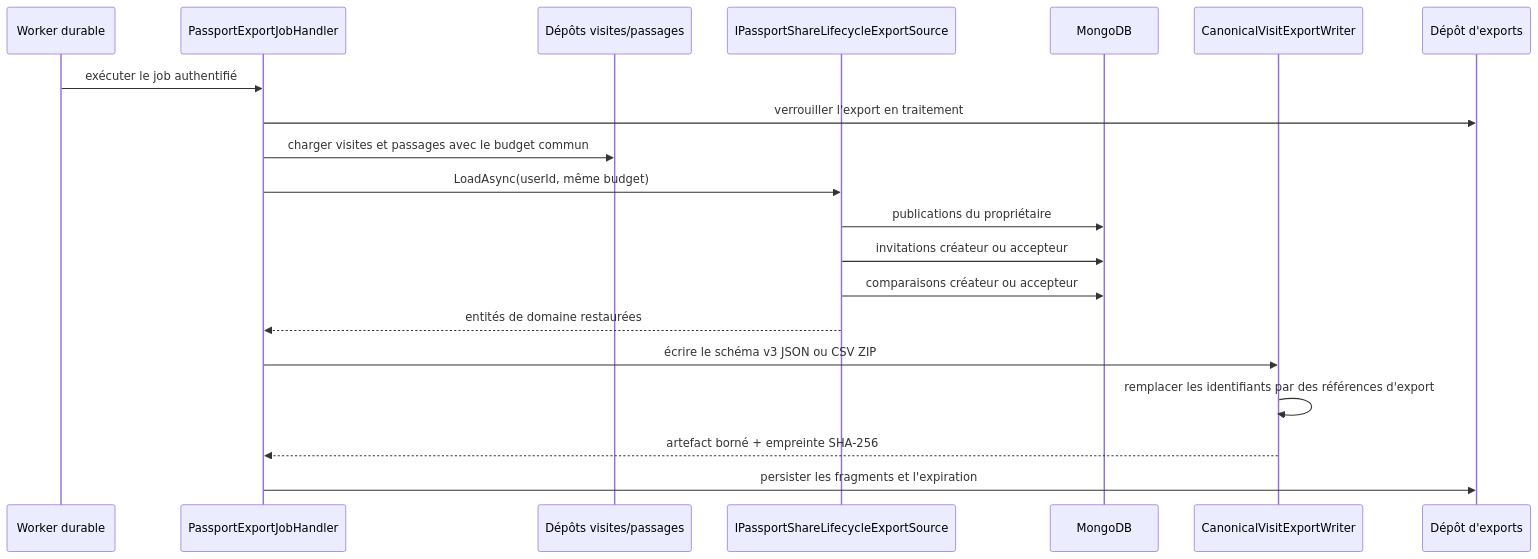
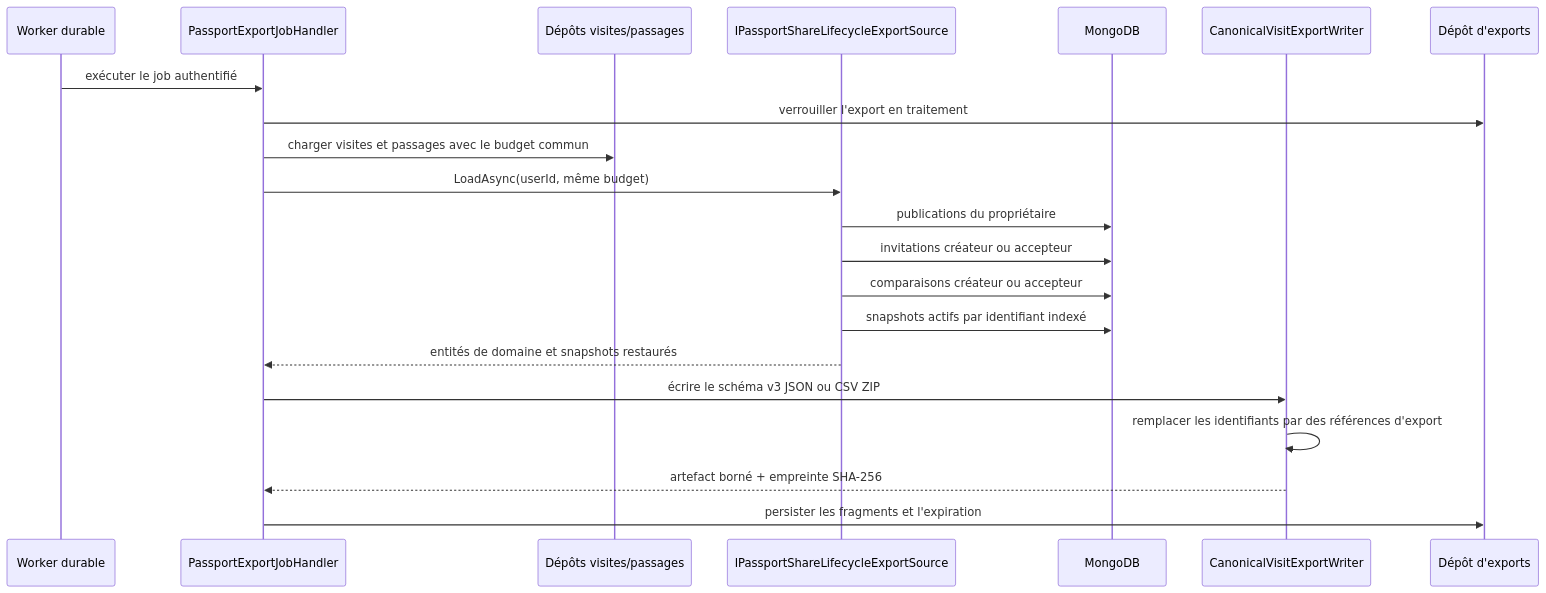
One commit to Ced59/AmusementParkProject changed the second of 3 diagrams in docs/architecture/product-growth-share-14a-passport-share-export-2026-09-13.md. Above: the diagram before and after it, drawn with Mermaid. The commit also changed other lines of this file and 6 other files, not shown here.

````diff
--- a/docs/architecture/product-growth-share-14a-passport-share-export-2026-09-13.md
+++ b/docs/architecture/product-growth-share-14a-passport-share-export-2026-09-13.md
@@ -70,23 +80,24 @@
 ```mermaid
 sequenceDiagram
     participant Q as Worker durable
     participant H as PassportExportJobHandler
     participant V as Dépôts visites/passages
     participant S as IPassportShareLifecycleExportSource
     participant M as MongoDB
     participant W as CanonicalVisitExportWriter
     participant R as Dépôt d'exports
 
     Q->>H: exécuter le job authentifié
     H->>R: verrouiller l'export en traitement
     H->>V: charger visites et passages avec le budget commun
     H->>S: LoadAsync(userId, même budget)
     S->>M: publications du propriétaire
     S->>M: invitations créateur ou accepteur
     S->>M: comparaisons créateur ou accepteur
-    S-->>H: entités de domaine restaurées
+    S->>M: snapshots actifs par identifiant indexé
+    S-->>H: entités de domaine et snapshots restaurés
     H->>W: écrire le schéma v3 JSON ou CSV ZIP
     W->>W: remplacer les identifiants par des références d'export
     W-->>H: artefact borné + empreinte SHA-256
     H->>R: persister les fragments et l'expiration
 ```
````
